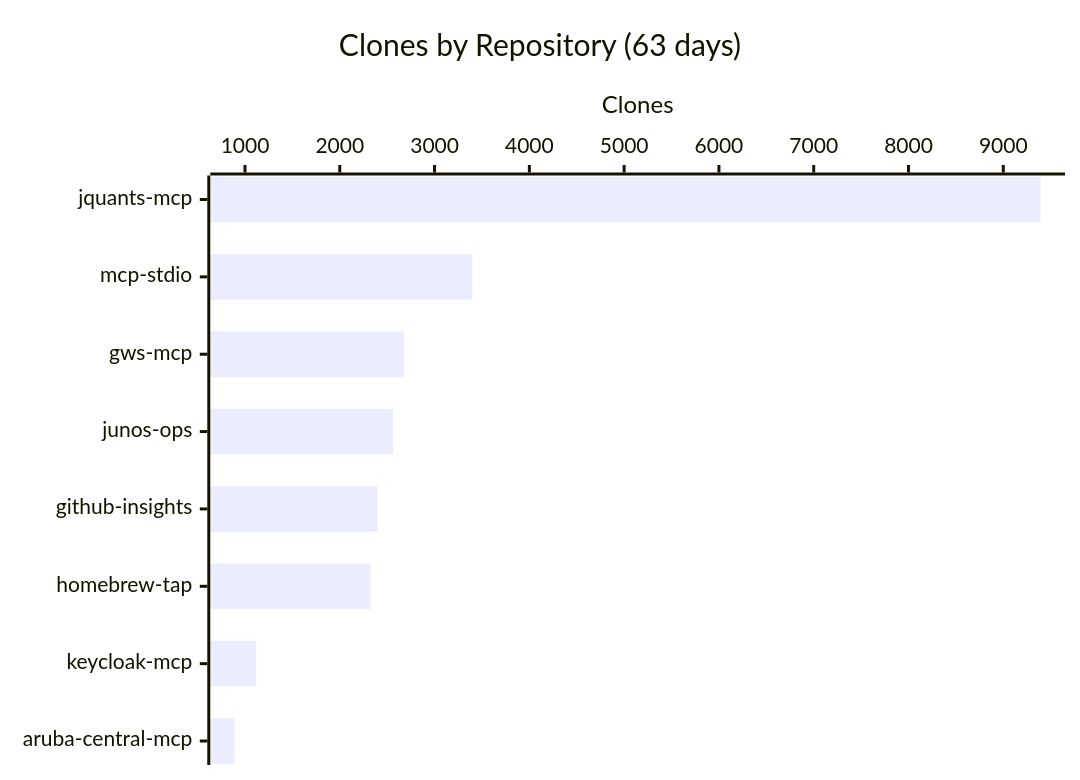
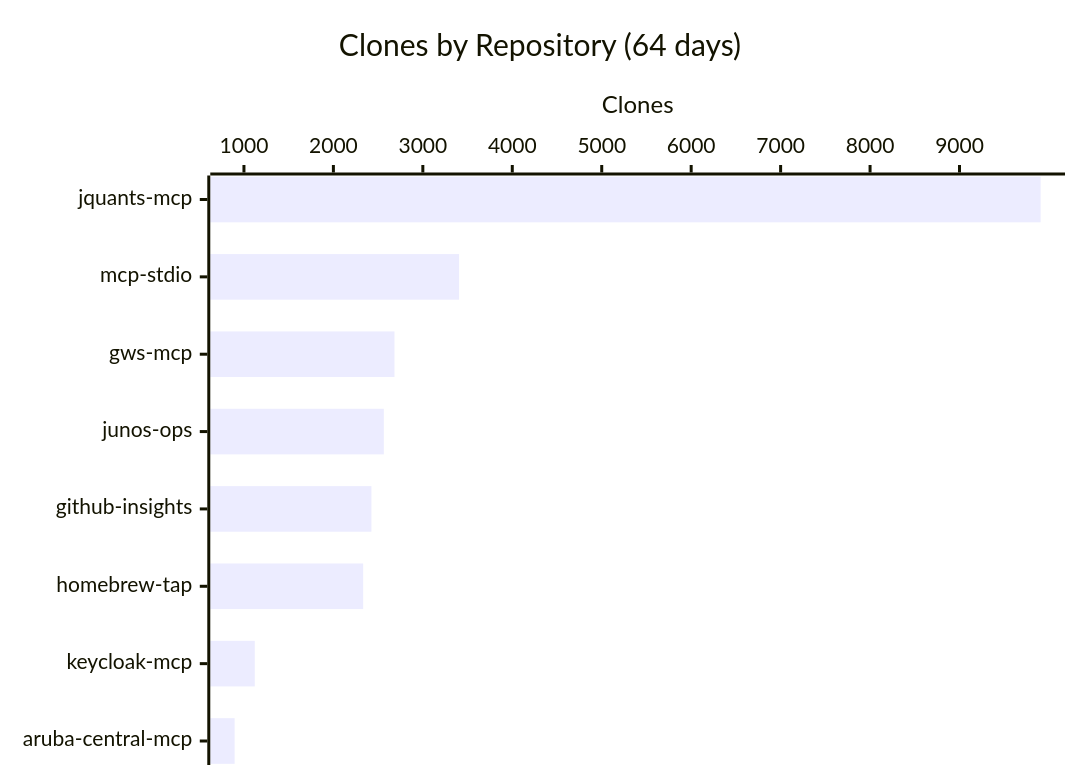
Before and after one commit to shigechika/github-insights: the third of 3 diagrams in README.md, drawn with Mermaid. The commit also changed other lines of this file and 2 other files, not shown here.

````diff
--- a/README.md
+++ b/README.md
@@ -38,7 +38,7 @@
 ```mermaid
 xychart-beta horizontal
-    title "Clones by Repository (63 days)"
+    title "Clones by Repository (64 days)"
     x-axis ["jquants-mcp", "mcp-stdio", "gws-mcp", "junos-ops", "github-insights", "homebrew-tap", "keycloak-mcp", "aruba-central-mcp"]
     y-axis "Clones"
-    bar [9394, 3397, 2676, 2562, 2398, 2325, 1117, 891]
+    bar [9907, 3405, 2683, 2564, 2425, 2333, 1121, 896]
 ```
````
